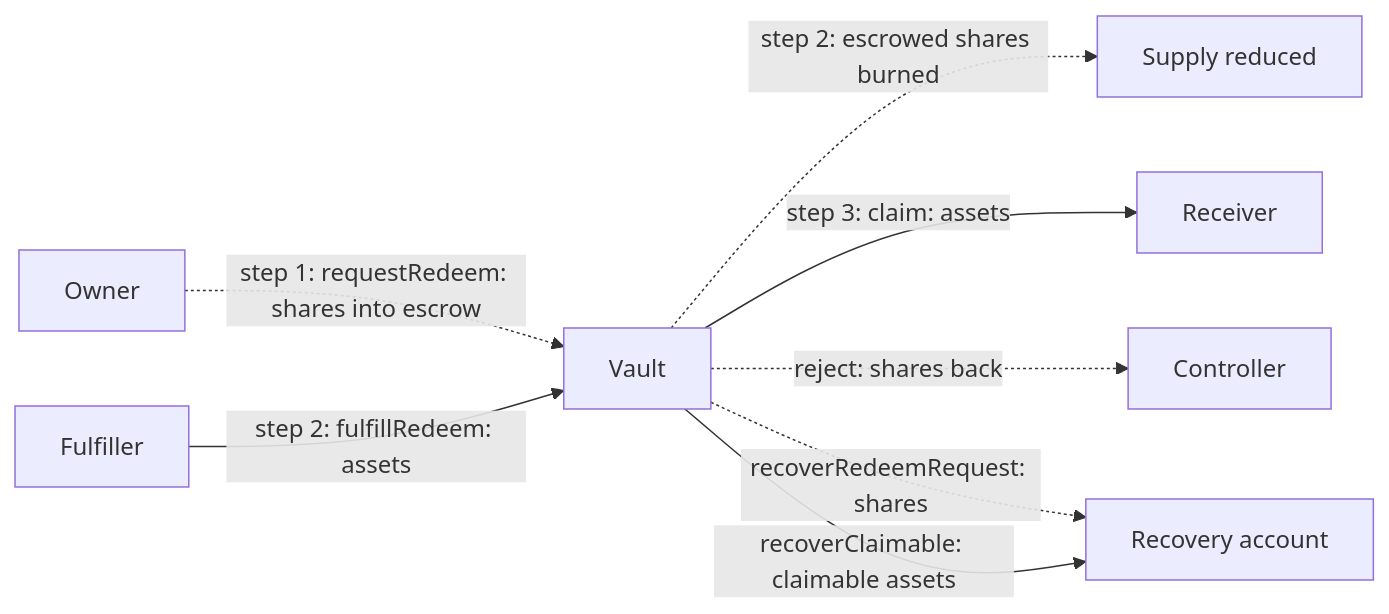
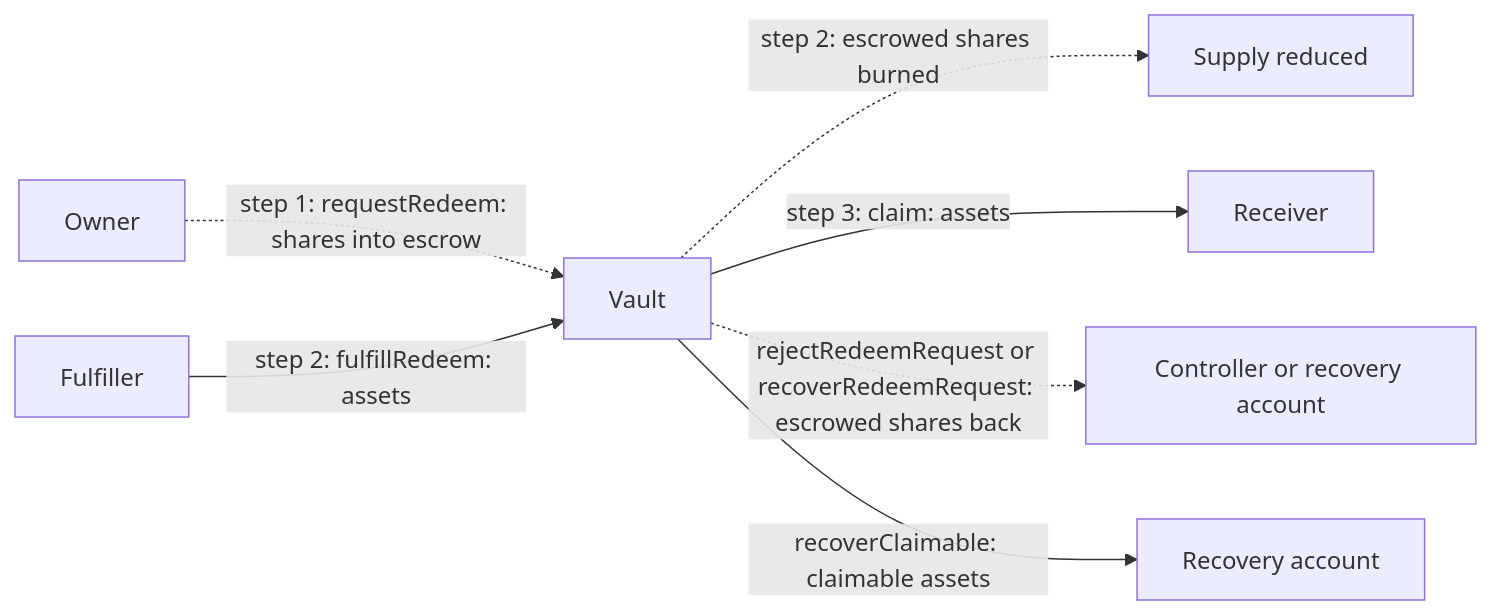
One commit to fepvenancio/rwa-token changed the fourth of 4 diagrams in docs/money.md. Above: the diagram before and after it, drawn with Mermaid. The commit also changed other lines of this file and 7 other files, not shown here.

````diff
--- a/docs/money.md
+++ b/docs/money.md
@@ -81,10 +81,9 @@
 ```mermaid
 flowchart LR
   Owner["Owner"] -.->|"step 1: requestRedeem: shares into escrow"| Vault["Vault"]
   Fulfiller["Fulfiller"] -->|"step 2: fulfillRedeem: assets"| Vault
   Vault -.->|"step 2: escrowed shares burned"| Burned["Supply reduced"]
   Vault -->|"step 3: claim: assets"| Receiver["Receiver"]
-  Vault -.->|"reject: shares back"| Controller["Controller"]
-  Vault -.->|"recoverRedeemRequest: shares"| Recovery["Recovery account"]
-  Vault -->|"recoverClaimable: claimable assets"| Recovery
+  Vault -.->|"rejectRedeemRequest or recoverRedeemRequest: escrowed shares back"| Back["Controller or recovery account"]
+  Vault -->|"recoverClaimable: claimable assets"| Recovery["Recovery account"]
 ```
````
